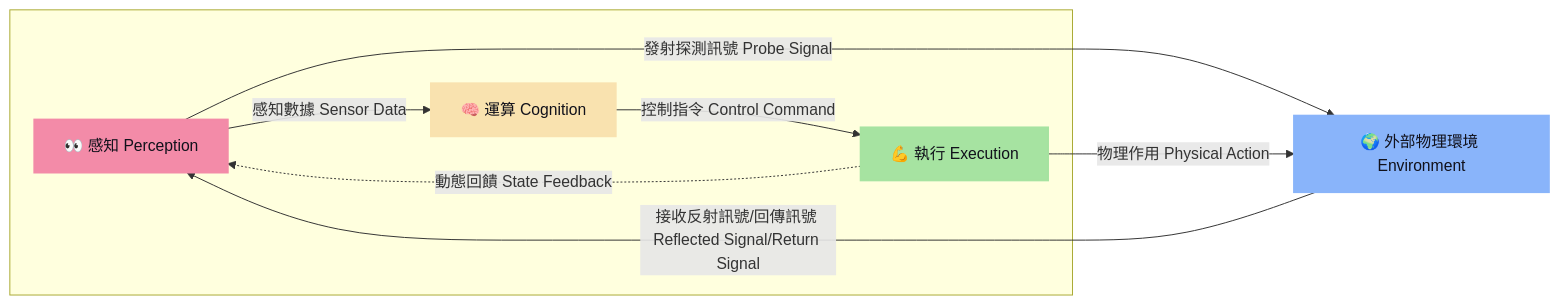
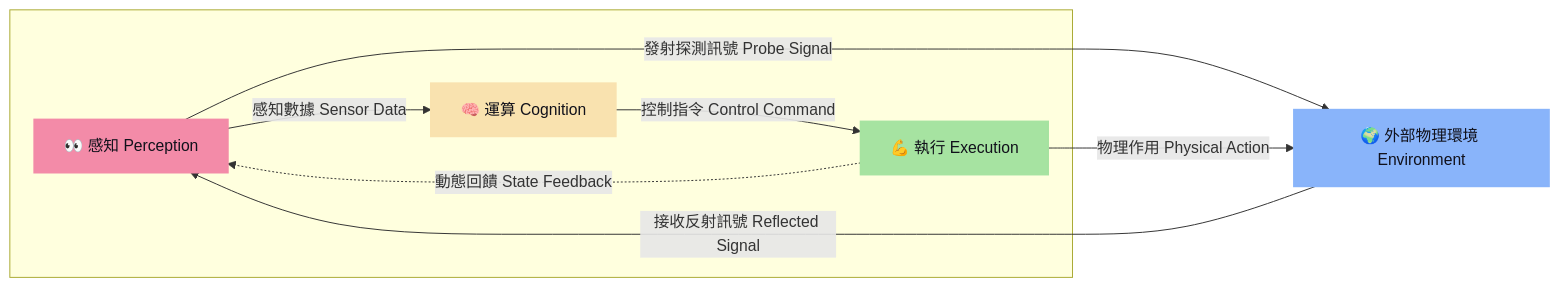
One commit to weilingwu772/guide-repo changed the diagram in CH1-1The_Robot_Anatomy.md. Above: the diagram before and after it, drawn with Mermaid. The commit also changed other lines of this file, not shown here.

````diff
--- a/CH1-1The_Robot_Anatomy.md
+++ b/CH1-1The_Robot_Anatomy.md
@@ -10,27 +12,27 @@
 ```mermaid
 graph LR
     subgraph Robot[" "]
     Sensory["👀 感知 Perception"]:::sensory
     Compute["🧠 運算 Cognition"]:::brain
     Execution["💪 執行 Execution"]:::muscle
     end
 
     Env["🌍 外部物理環境 Environment"]:::env
 
     %% 內部控制流
     Sensory -->|感知數據 Sensor Data| Compute
     Compute -->|控制指令 Control Command| Execution
     Execution -. 動態回饋 State Feedback .-> Sensory
 
     %% 與外部環境互動
     Sensory -->|發射探測訊號 Probe Signal| Env
-    Env -->|接收反射訊號/回傳訊號 Reflected Signal/Return Signal| Sensory
+    Env -->|接收反射訊號 Reflected Signal| Sensory
     Execution -->|物理作用 Physical Action| Env
 
     %% 樣式
     classDef default fill:#1e1e2e,stroke:#cdd6f4,stroke-width:2px,color:#cdd6f4;
     classDef sensory fill:#f38ba8,stroke:#f38ba8,stroke-width:2px,color:#11111b;
     classDef brain fill:#f9e2af,stroke:#f9e2af,stroke-width:2px,color:#11111b;
     classDef muscle fill:#a6e3a1,stroke:#a6e3a1,stroke-width:2px,color:#11111b;
     classDef env fill:#89b4fa,stroke:#89b4fa,stroke-width:2px,color:#11111b;
 ```
````
